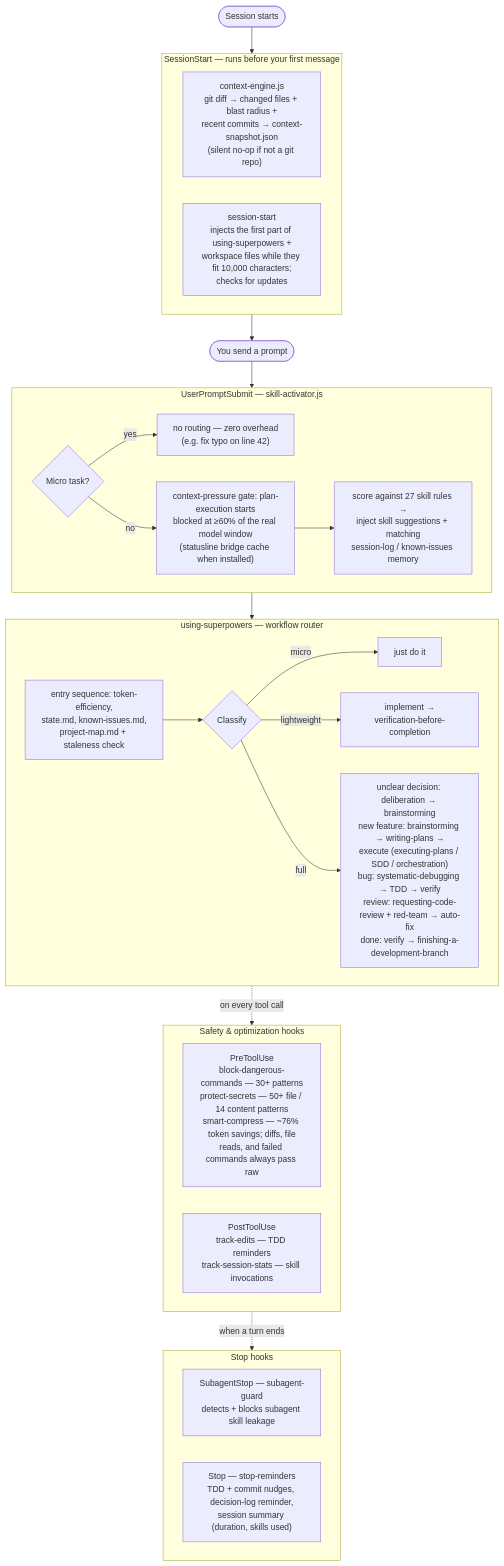
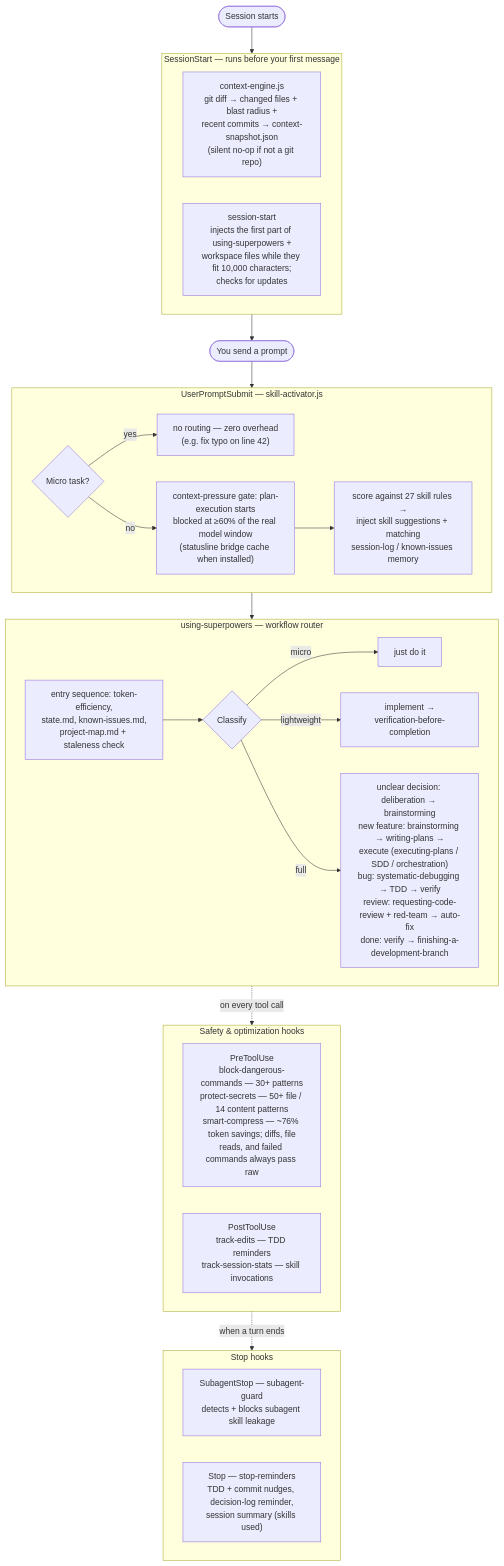
One commit to brunob54/superpowers-orchestrator changed the diagram in README.md. Above: the diagram before and after it, drawn with Mermaid. The commit also changed 6 other files, not shown here.

````diff
--- a/README.md
+++ b/README.md
@@ -90,42 +90,42 @@
 ```mermaid
 flowchart TD
     START([Session starts]) --> SS
 
     subgraph SS["SessionStart — runs before your first message"]
         CE["context-engine.js<br/>git diff → changed files + blast radius +<br/>recent commits → context-snapshot.json<br/>(silent no-op if not a git repo)"]
         SST["session-start<br/>injects the first part of using-superpowers +<br/>workspace files while they fit 10,000 characters;<br/>checks for updates"]
     end
 
     SS --> PROMPT([You send a prompt])
     PROMPT --> SA
 
     subgraph SA["UserPromptSubmit — skill-activator.js"]
         Q1{"Micro task?"} -->|yes| Z1["no routing — zero overhead<br/>(e.g. fix typo on line 42)"]
         Q1 -->|no| PG["context-pressure gate: plan-execution starts<br/>blocked at ≥60% of the real model window<br/>(statusline bridge cache when installed)"]
         PG --> SCORE["score against 27 skill rules →<br/>inject skill suggestions + matching<br/>session-log / known-issues memory"]
     end
 
     SA --> RT
 
     subgraph RT["using-superpowers — workflow router"]
         ES["entry sequence: token-efficiency,<br/>state.md, known-issues.md,<br/>project-map.md + staleness check"]
         ES --> CLS{"Classify"}
         CLS -->|micro| JD["just do it"]
         CLS -->|lightweight| LW["implement →<br/>verification-before-completion"]
         CLS -->|full| FULL["unclear decision: deliberation → brainstorming<br/>new feature: brainstorming → writing-plans →<br/>execute (executing-plans / SDD / orchestration)<br/>bug: systematic-debugging → TDD → verify<br/>review: requesting-code-review + red-team → auto-fix<br/>done: verify → finishing-a-development-branch"]
     end
 
     RT -.->|"on every tool call"| TOOLS
 
     subgraph TOOLS["Safety & optimization hooks"]
         PRE["PreToolUse<br/>block-dangerous-commands — 30+ patterns<br/>protect-secrets — 50+ file / 14 content patterns<br/>smart-compress — ~76% token savings; diffs, file<br/>reads, and failed commands always pass raw"]
         POST["PostToolUse<br/>track-edits — TDD reminders<br/>track-session-stats — skill invocations"]
     end
 
     TOOLS -.->|"when a turn ends"| STOPS
 
     subgraph STOPS["Stop hooks"]
         SG["SubagentStop — subagent-guard<br/>detects + blocks subagent skill leakage"]
-        SR["Stop — stop-reminders<br/>TDD + commit nudges, decision-log reminder,<br/>session summary (duration, skills used)"]
+        SR["Stop — stop-reminders<br/>TDD + commit nudges, decision-log reminder,<br/>session summary (skills used)"]
     end
 ```
````
